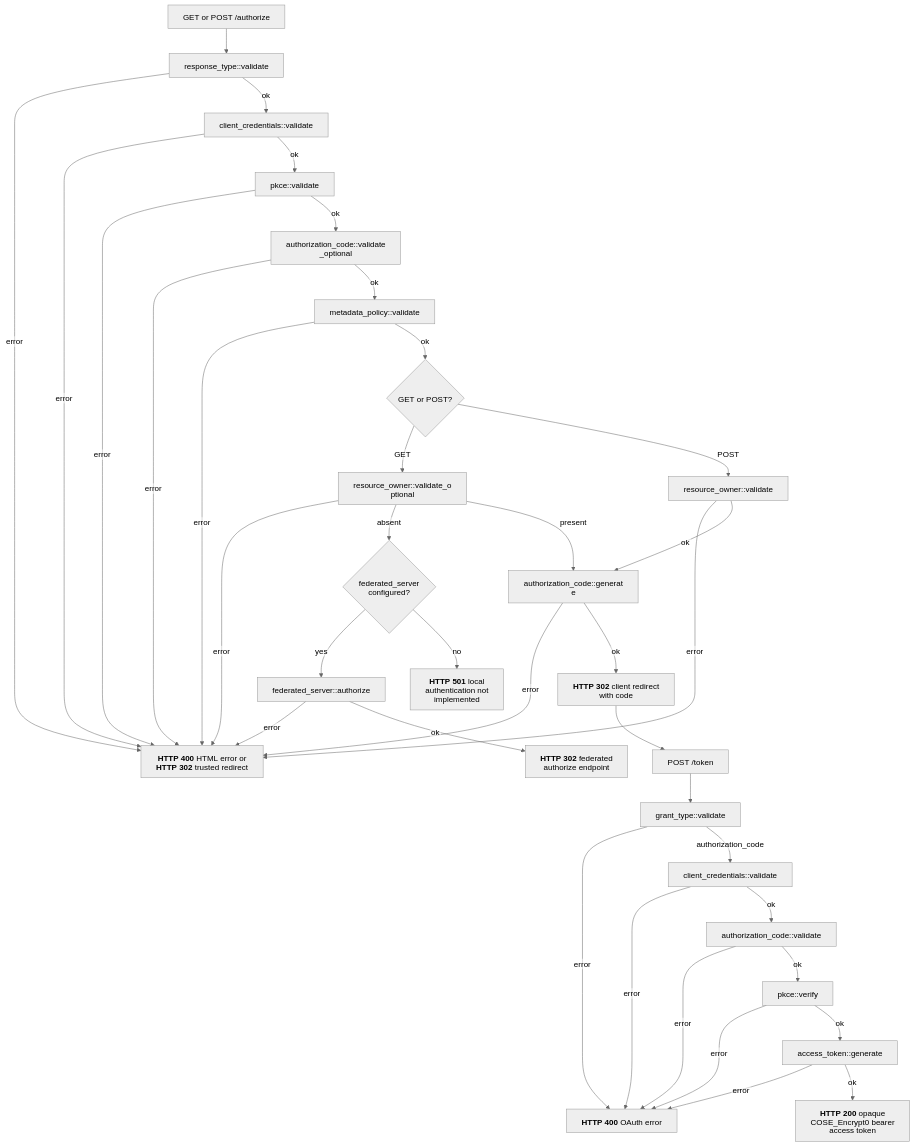
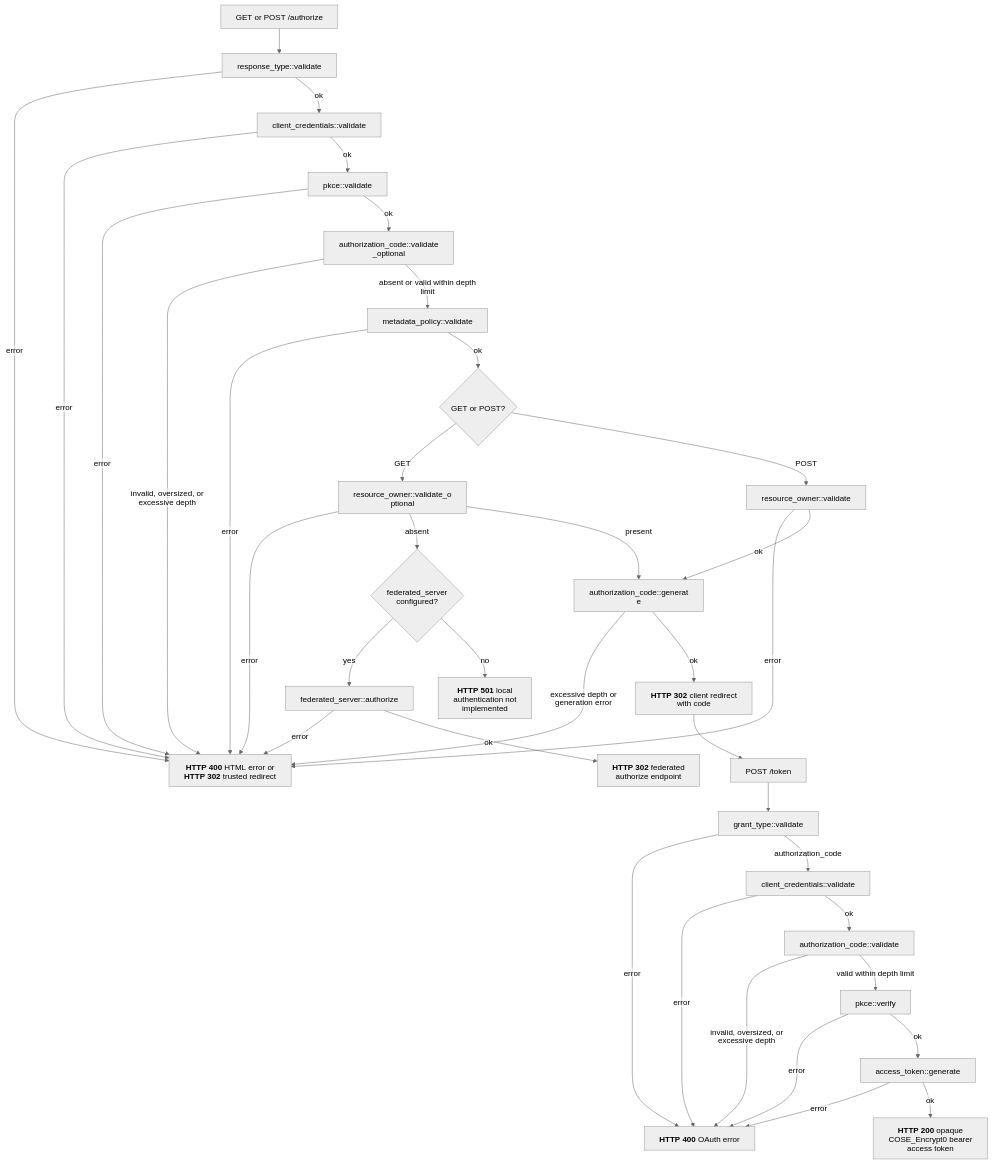
The diagram in docs/flows/oauth/authorization_code.mmd (malach-it/kagome), drawn with Mermaid (neutral theme) before and after one commit. The commit also changed 25 other files, not shown here.

```diff
--- a/docs/flows/oauth/authorization_code.mmd
+++ b/docs/flows/oauth/authorization_code.mmd
@@ -1,38 +1,38 @@
 %%{init: {"htmlLabels": false, "flowchart": {"htmlLabels": false}}}%%
 flowchart TD
     start[GET or POST /authorize] --> response_type["response_type::validate"]
     response_type -- error --> authorize_error["`**HTTP 400** HTML error or **HTTP 302** trusted redirect`"]
     response_type -- ok --> client["client_credentials::validate"]
     client -- error --> authorize_error
     client -- ok --> challenge["pkce::validate"]
     challenge -- error --> authorize_error
     challenge -- ok --> previous["authorization_code::validate_optional"]
-    previous -- error --> authorize_error
-    previous -- ok --> policy["metadata_policy::validate"]
+    previous -- invalid, oversized, or excessive depth --> authorize_error
+    previous -- absent or valid within depth limit --> policy["metadata_policy::validate"]
     policy -- error --> authorize_error
     policy -- ok --> method{GET or POST?}
     method -- GET --> owner_optional["resource_owner::validate_optional"]
     owner_optional -- error --> authorize_error
     owner_optional -- absent --> federation{federated_server configured?}
     federation -- yes --> federate["federated_server::authorize"]
     federate -- error --> authorize_error
     federate -- ok --> federated_redirect["`**HTTP 302** federated authorize endpoint`"]
     federation -- no --> not_implemented["`**HTTP 501** local authentication not implemented`"]
     owner_optional -- present --> issue
     method -- POST --> owner["resource_owner::validate"]
     owner -- error --> authorize_error
     owner -- ok --> issue["authorization_code::generate"]
-    issue -- error --> authorize_error
+    issue -- excessive depth or generation error --> authorize_error
     issue -- ok --> redirect["`**HTTP 302** client redirect with code`"]
     redirect --> token[POST /token]
     token --> grant["grant_type::validate"]
     grant -- error --> token_error["`**HTTP 400** OAuth error`"]
     grant -- authorization_code --> token_client["client_credentials::validate"]
     token_client -- error --> token_error
     token_client -- ok --> code["authorization_code::validate"]
-    code -- error --> token_error
-    code -- ok --> verifier["pkce::verify"]
+    code -- invalid, oversized, or excessive depth --> token_error
+    code -- valid within depth limit --> verifier["pkce::verify"]
     verifier -- error --> token_error
     verifier -- ok --> access["access_token::generate"]
     access -- error --> token_error
     access -- ok --> success["`**HTTP 200** opaque COSE_Encrypt0 bearer access token`"]
```
